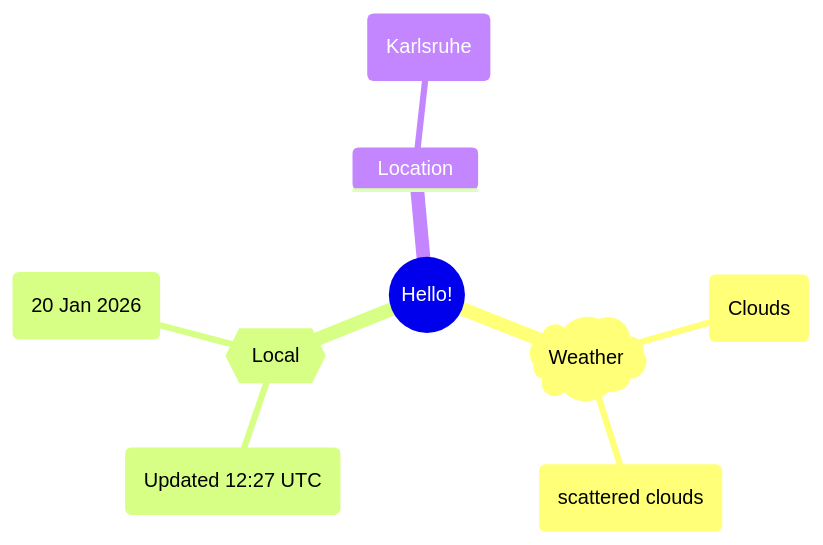
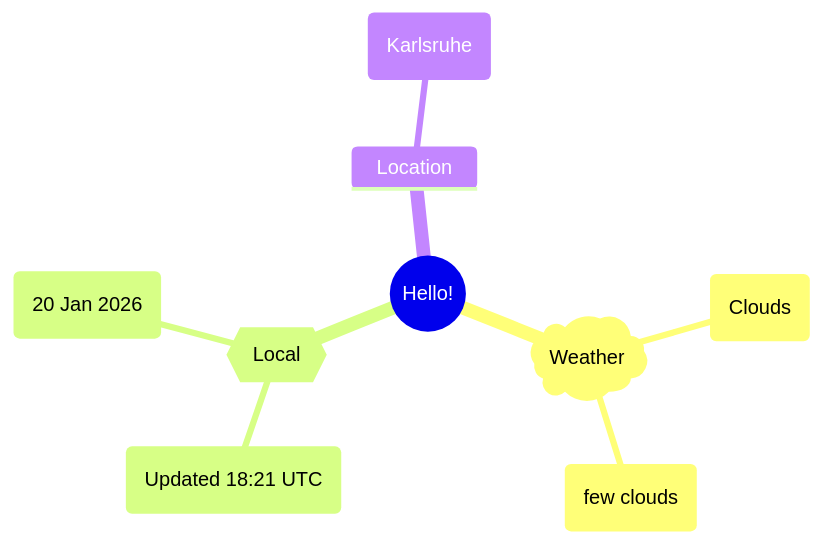
Before and after one commit to Xosrov/Xosrov: the first of 2 diagrams in README.md, drawn with Mermaid.

Commit message:
[bot] updated images

````diff
--- a/README.md
+++ b/README.md
@@ -3,12 +3,12 @@
 ```mermaid
 mindmap
   root((Hello!))
     )Weather(
         (Clouds)
-        (scattered clouds)
+        (few clouds)
     {{Local}}
-        (Updated 12:27 UTC)
+        (Updated 18:21 UTC)
         (20 Jan 2026)
     Location
         (Karlsruhe)
 ```
````
